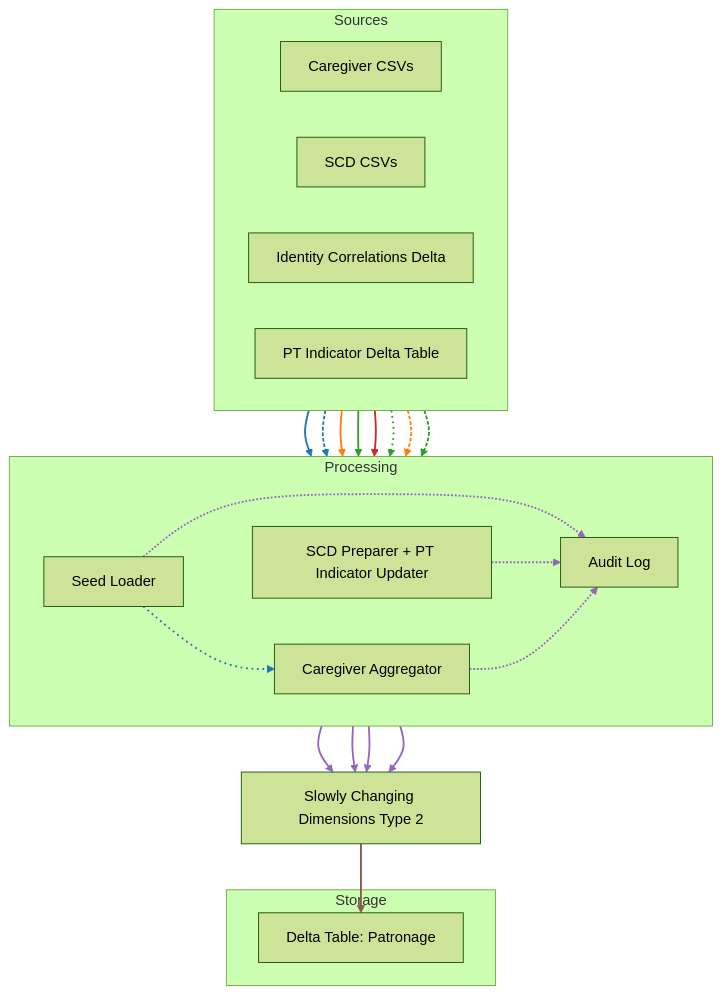
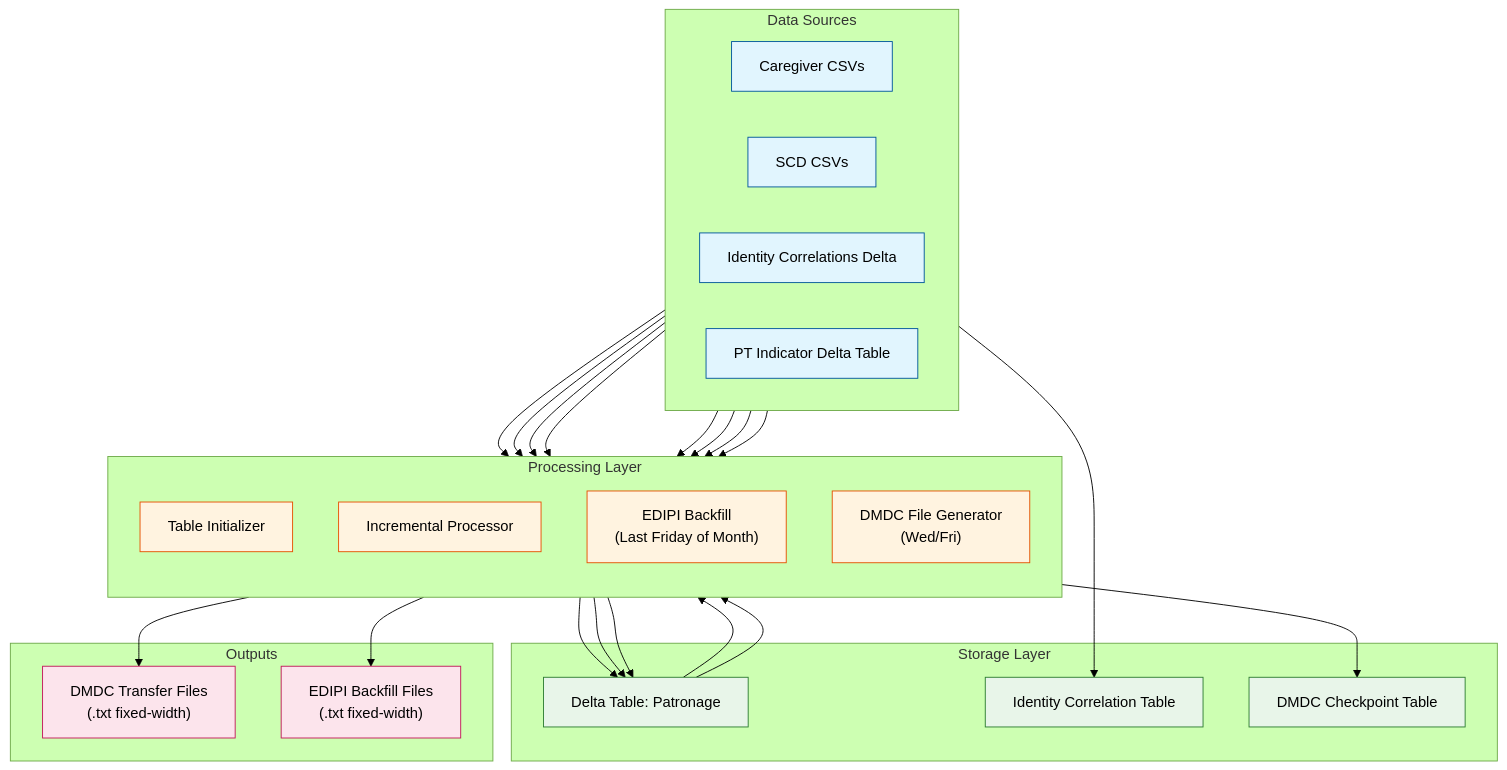
Before and after one commit to BhaveshVA/Patronage: the first of 7 diagrams in README.md, drawn with Mermaid (forest theme). The commit also changed other lines of this file, not shown here.

First line of the commit message:
Revise README for architecture and processing updates

````diff
--- a/README.md
+++ b/README.md
@@ -2,59 +9,65 @@
 ```mermaid
 flowchart TB
-    subgraph Sources
+    subgraph Sources["Data Sources"]
         direction LR
         CaregiverCSVs["Caregiver CSVs"]
         SCDCSVs["SCD CSVs"]
         IdentityCorrelations["Identity Correlations Delta"]
-        NewPTDelta["PT Indicator Delta Table"]
-    end
-    subgraph Processing
-        direction LR
-        SeedLoader["Seed Loader"]
-        CaregiverAggregator["Caregiver Aggregator"]
-        SCDPreparer["SCD Preparer + PT Indicator Updater"]
-        AuditLog["Audit Log"]
-    end
-    SCDType["Slowly Changing Dimensions Type 2"]
-    subgraph Storage
-        DeltaTable["Delta Table: Patronage"]
+        PTDelta["PT Indicator Delta Table"]
     end
     
-    CaregiverCSVs --> SeedLoader
-    CaregiverCSVs --> CaregiverAggregator
-    SeedLoader --> CaregiverAggregator
-    SCDCSVs --> SCDPreparer
-    IdentityCorrelations --> SCDPreparer
-    NewPTDelta --> SCDPreparer
-    IdentityCorrelations --> SeedLoader
+    subgraph Processing["Processing Layer"]
+        direction TB
+        Initializer["Table Initializer"]
+        IncrementalProcessor["Incremental Processor"]
+        EDIPIBackfill["EDIPI Backfill<br/>(Last Friday of Month)"]
+        DMDCGenerator["DMDC File Generator<br/>(Wed/Fri)"]
+    end
     
-    SeedLoader --> SCDType
-    SCDPreparer --> SCDType
-    CaregiverAggregator --> SCDType
-    AuditLog --> SCDType
-    SCDType --> DeltaTable
+    subgraph Storage["Storage Layer"]
+        DeltaTable["Delta Table: Patronage"]
+        IdentityTable["Identity Correlation Table"]
+        CheckpointTable["DMDC Checkpoint Table"]
+    end
     
-    SCDCSVs --> SeedLoader
-    IdentityCorrelations --> CaregiverAggregator
+    subgraph Outputs["Outputs"]
+        DMDCFiles["DMDC Transfer Files<br/>(.txt fixed-width)"]
+        EDIPIFiles["EDIPI Backfill Files<br/>(.txt fixed-width)"]
+    end
     
-    SeedLoader -.-> AuditLog
-    SCDPreparer -.-> AuditLog
-    CaregiverAggregator -.-> AuditLog
-    linkStyle 0 stroke:#1f77b4,stroke-width:2px;
-    linkStyle 1 stroke:#1f77b4,stroke-width:2px,stroke-dasharray: 4 2;
-    linkStyle 2 stroke:#1f77b4,stroke-width:2px,stroke-dasharray: 2 4;
-    linkStyle 3 stroke:#ff7f0e,stroke-width:2px;
-    linkStyle 4 stroke:#2ca02c,stroke-width:2px;
-    linkStyle 5 stroke:#d62728,stroke-width:2px;
-    linkStyle 6 stroke:#2ca02c,stroke-width:2px,stroke-dasharray: 2 4;
-    linkStyle 7 stroke:#9467bd,stroke-width:2px;
-    linkStyle 8 stroke:#9467bd,stroke-width:2px;
-    linkStyle 9 stroke:#9467bd,stroke-width:2px;
-    linkStyle 10 stroke:#9467bd,stroke-width:2px;
-    linkStyle 11 stroke:#8c564b,stroke-width:2px;
-    linkStyle 12 stroke:#ff7f0e,stroke-width:2px,stroke-dasharray: 4 2;
-    linkStyle 13 stroke:#2ca02c,stroke-width:2px,stroke-dasharray: 4 2;
-    linkStyle 14 stroke:#9467bd,stroke-width:2px,stroke-dasharray: 2 2;
-    linkStyle 15 stroke:#9467bd,stroke-width:2px,stroke-dasharray: 2 2;
-    linkStyle 16 stroke:#9467bd,stroke-width:2px,stroke-dasharray: 2 2;
+    %% Source to Processing flows
+    CaregiverCSVs --> Initializer
+    SCDCSVs --> Initializer
+    IdentityCorrelations --> Initializer
+    
+    CaregiverCSVs --> IncrementalProcessor
+    SCDCSVs --> IncrementalProcessor
+    IdentityCorrelations --> IncrementalProcessor
+    PTDelta --> IncrementalProcessor
+    
+    IdentityCorrelations --> EDIPIBackfill
+    IdentityCorrelations --> IdentityTable
+    
+    %% Processing to Storage flows
+    Initializer --> DeltaTable
+    IncrementalProcessor --> DeltaTable
+    EDIPIBackfill --> DeltaTable
+    
+    %% Storage to Output flows
+    DeltaTable --> DMDCGenerator
+    DeltaTable --> EDIPIBackfill
+    DMDCGenerator --> DMDCFiles
+    DMDCGenerator --> CheckpointTable
+    EDIPIBackfill --> EDIPIFiles
+    
+    %% Styling
+    classDef sourceStyle fill:#e1f5fe,stroke:#01579b
+    classDef processStyle fill:#fff3e0,stroke:#e65100
+    classDef storageStyle fill:#e8f5e9,stroke:#2e7d32
+    classDef outputStyle fill:#fce4ec,stroke:#c2185b
+    
+    class CaregiverCSVs,SCDCSVs,IdentityCorrelations,PTDelta sourceStyle
+    class Initializer,IncrementalProcessor,EDIPIBackfill,DMDCGenerator processStyle
+    class DeltaTable,IdentityTable,CheckpointTable storageStyle
+    class DMDCFiles,EDIPIFiles outputStyle
 ```
````
